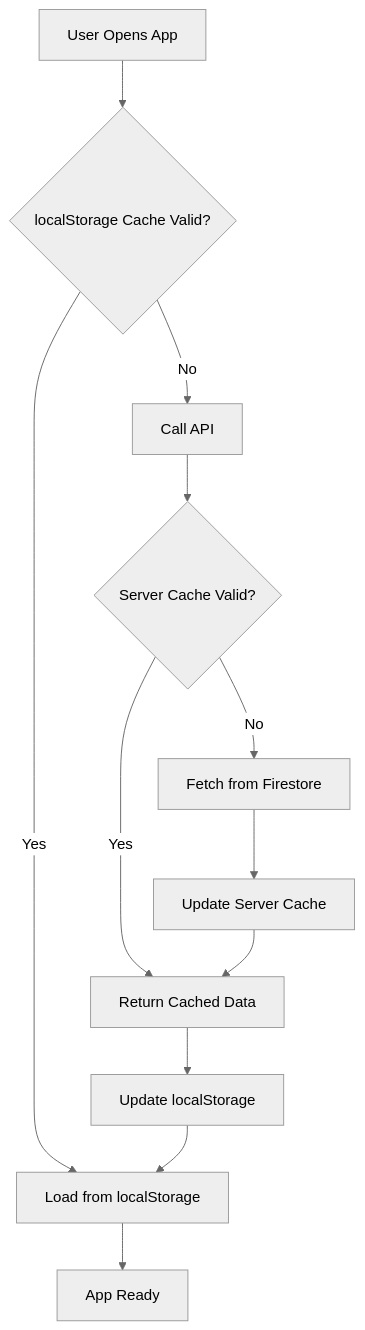
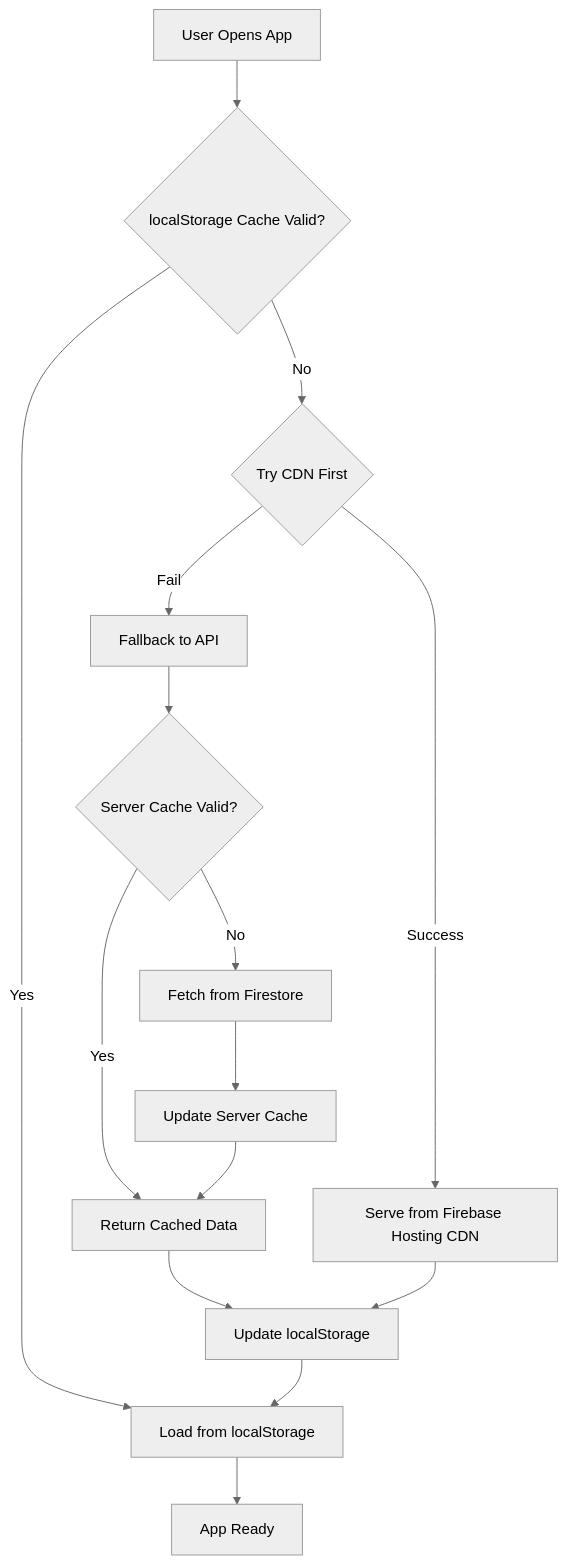
One commit to dillon-cleaver/nerd-wordle changed the diagram in docs/firestore-optimization.md. Above: the diagram before and after it, drawn with Mermaid (neutral theme). The commit also changed other lines of this file and 2 other files, not shown here.

````diff
--- a/docs/firestore-optimization.md
+++ b/docs/firestore-optimization.md
@@ -199,14 +307,17 @@
 ```mermaid
 graph TD
     A[User Opens App] --> B{localStorage Cache Valid?}
     B -->|Yes| C[Load from localStorage]
-    B -->|No| D[Call API]
-    D --> E{Server Cache Valid?}
-    E -->|Yes| F[Return Cached Data]
-    E -->|No| G[Fetch from Firestore]
-    G --> H[Update Server Cache]
-    H --> F
-    F --> I[Update localStorage]
-    I --> C
-    C --> J[App Ready]
+    B -->|No| D{Try CDN First}
+    D -->|Success| E[Serve from Firebase Hosting CDN]
+    D -->|Fail| F[Fallback to API]
+    F --> G{Server Cache Valid?}
+    G -->|Yes| H[Return Cached Data]
+    G -->|No| I[Fetch from Firestore]
+    I --> J[Update Server Cache]
+    J --> H
+    H --> K[Update localStorage]
+    E --> K
+    K --> C
+    C --> L[App Ready]
 ```
````
